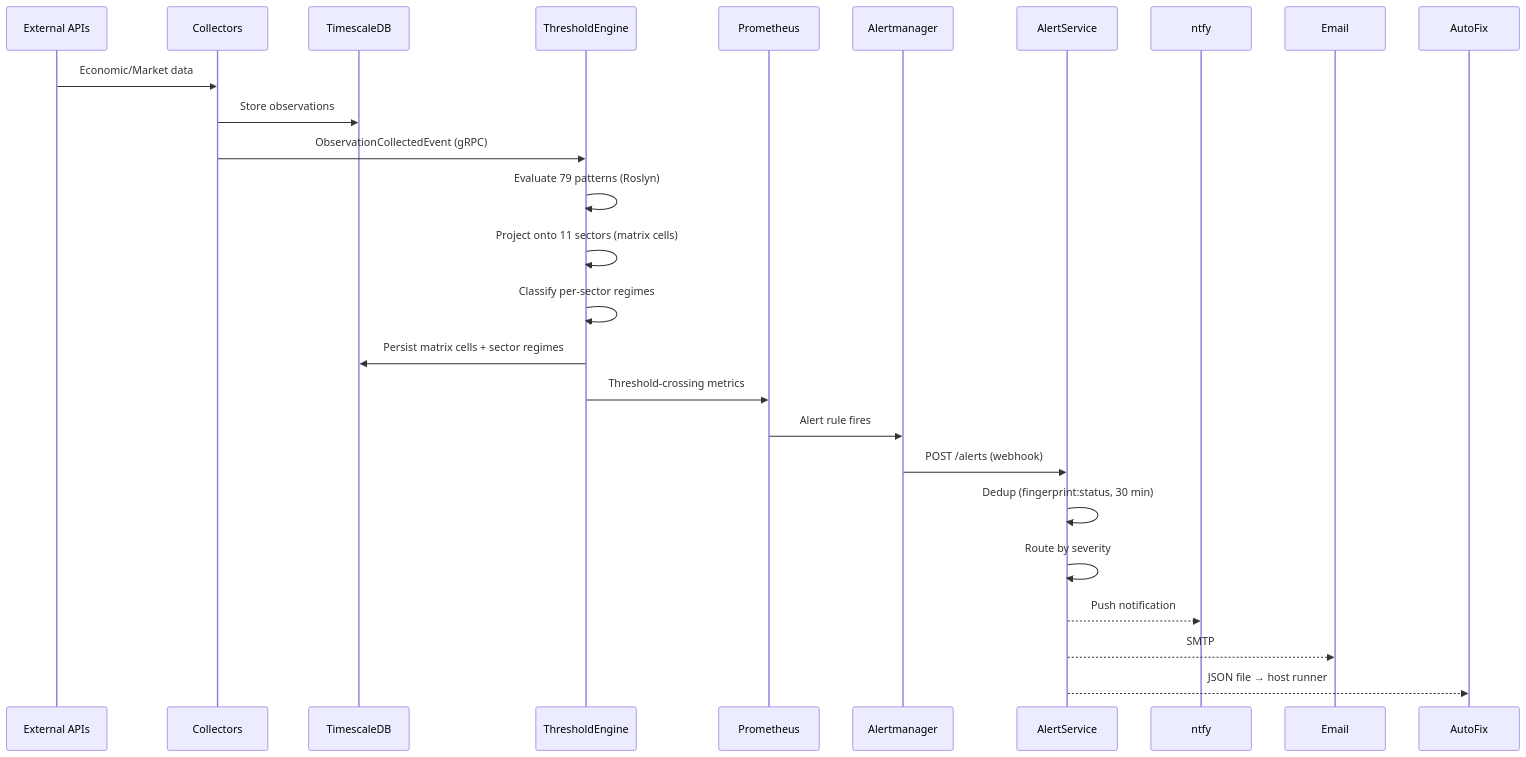
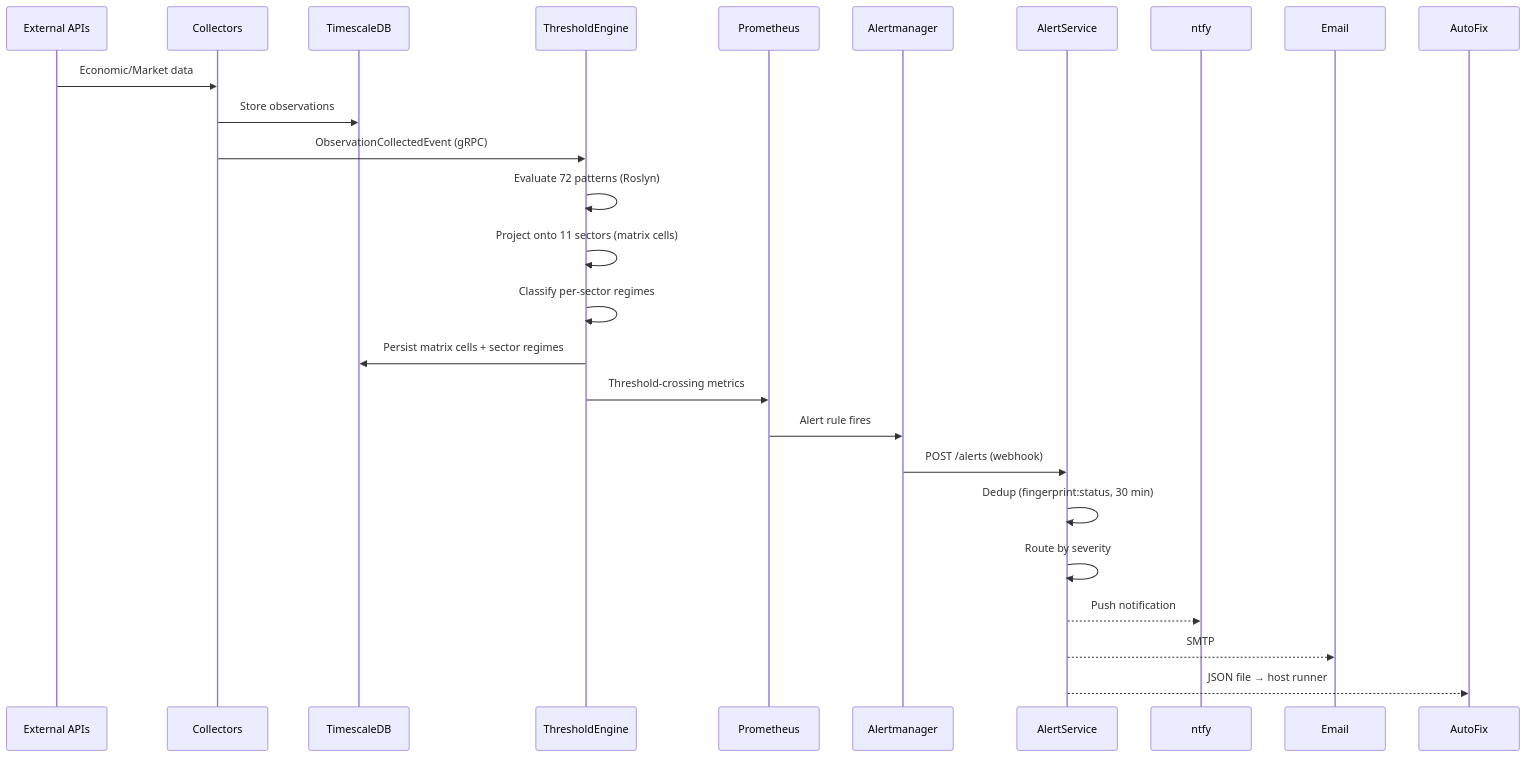
One commit to jpansarasa/ATLAS-Docs changed the second of 5 diagrams in docs/ARCHITECTURE.md. Above: the diagram before and after it, drawn with Mermaid. The commit also changed other lines of this file and 119 other files, not shown here.

````diff
--- a/docs/ARCHITECTURE.md
+++ b/docs/ARCHITECTURE.md
@@ -214,26 +214,26 @@
 ```mermaid
 sequenceDiagram
     participant APIs as External APIs
     participant COL as Collectors
     participant DB as TimescaleDB
     participant TE as ThresholdEngine
     participant PR as Prometheus
     participant AM as Alertmanager
     participant AS as AlertService
 
     APIs->>COL: Economic/Market data
     COL->>DB: Store observations
     COL->>TE: ObservationCollectedEvent (gRPC)
-    TE->>TE: Evaluate 79 patterns (Roslyn)
+    TE->>TE: Evaluate 72 patterns (Roslyn)
     TE->>TE: Project onto 11 sectors (matrix cells)
     TE->>TE: Classify per-sector regimes
     TE->>DB: Persist matrix cells + sector regimes
     TE->>PR: Threshold-crossing metrics
     PR->>AM: Alert rule fires
     AM->>AS: POST /alerts (webhook)
     AS->>AS: Dedup (fingerprint:status, 30 min)
     AS->>AS: Route by severity
     AS-->>ntfy: Push notification
     AS-->>Email: SMTP
     AS-->>AutoFix: JSON file → host runner
 ```
````
